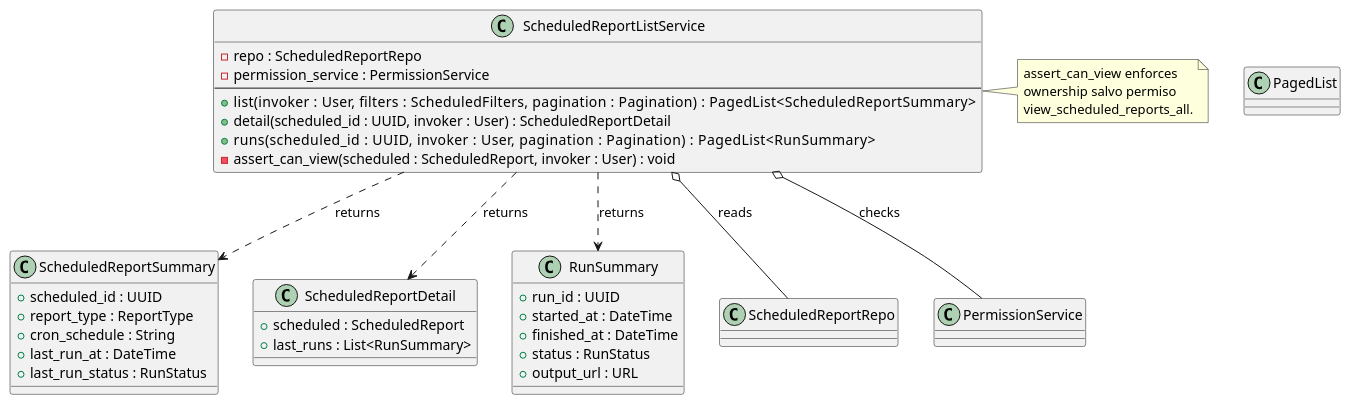
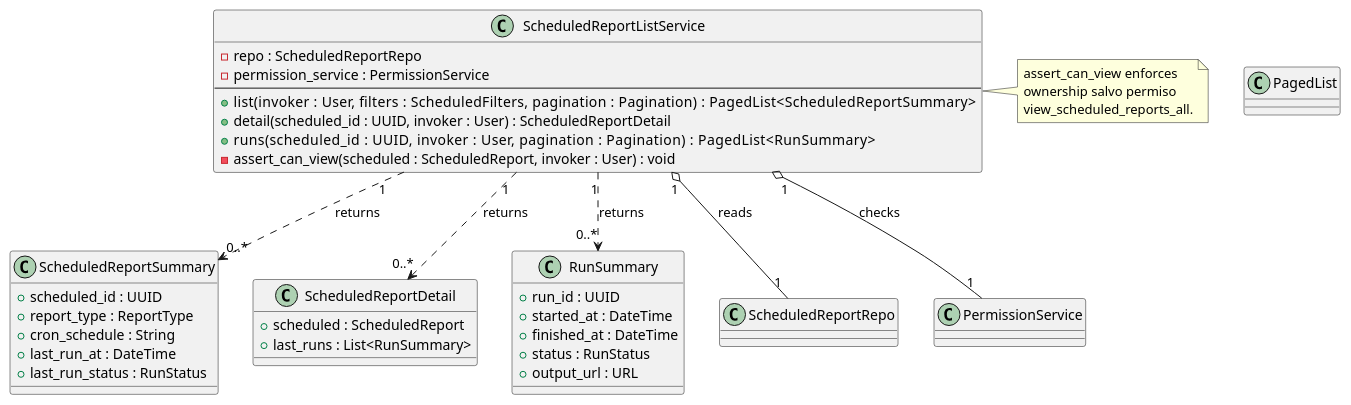
The diagram in source/arquitectura-tecnica/domain-model/scheduled-report-list-service.rst (jcg-admin/IACT-docs), drawn with PlantUML before and after one commit. The commit also changed 44 other files, not shown here.

First line of the commit message:
Apply UML rigor pass batch 3: sweep multiplicities + checklist

```diff
--- a/source/arquitectura-tecnica/domain-model/scheduled-report-list-service.rst
+++ b/source/arquitectura-tecnica/domain-model/scheduled-report-list-service.rst
@@ -30,56 +30,56 @@
 .. uml::
  :caption: Clase ScheduledReportListService — lectura
            autorizada de ScheduledReport y sus runs.
 
  @startuml
 
  class ScheduledReportListService {
    - repo : ScheduledReportRepo
    - permission_service : PermissionService
    --
    + list(invoker : User, filters : ScheduledFilters, \
           pagination : Pagination) : PagedList<ScheduledReportSummary>
    + detail(scheduled_id : UUID, invoker : User) : ScheduledReportDetail
    + runs(scheduled_id : UUID, invoker : User, \
           pagination : Pagination) : PagedList<RunSummary>
    - assert_can_view(scheduled : ScheduledReport, invoker : User) : void
  }
 
  class ScheduledReportSummary {
    + scheduled_id : UUID
    + report_type : ReportType
    + cron_schedule : String
    + last_run_at : DateTime
    + last_run_status : RunStatus
  }
 
  class ScheduledReportDetail {
    + scheduled : ScheduledReport
    + last_runs : List<RunSummary>
  }
 
  class RunSummary {
    + run_id : UUID
    + started_at : DateTime
    + finished_at : DateTime
    + status : RunStatus
    + output_url : URL
  }
 
  class ScheduledReportRepo
  class PermissionService
  class PagedList
 
- ScheduledReportListService o-- ScheduledReportRepo : reads
- ScheduledReportListService o-- PermissionService : checks
- ScheduledReportListService ..> ScheduledReportSummary : returns
- ScheduledReportListService ..> ScheduledReportDetail : returns
- ScheduledReportListService ..> RunSummary : returns
+ ScheduledReportListService "1" o-- "1" ScheduledReportRepo : reads
+ ScheduledReportListService "1" o-- "1" PermissionService : checks
+ ScheduledReportListService "1" ..> "0..*" ScheduledReportSummary : returns
+ ScheduledReportListService "1" ..> "0..*" ScheduledReportDetail : returns
+ ScheduledReportListService "1" ..> "0..*" RunSummary : returns
 
  note right of ScheduledReportListService
    assert_can_view enforces
    ownership salvo permiso
    view_scheduled_reports_all.
  end note
 
  @enduml
```
